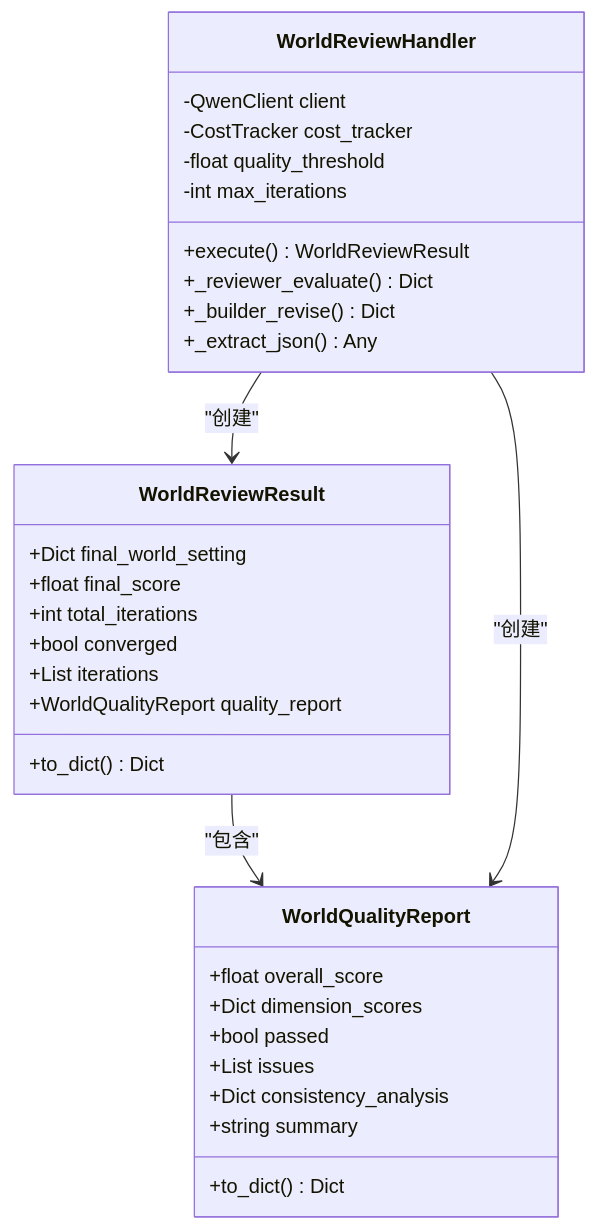
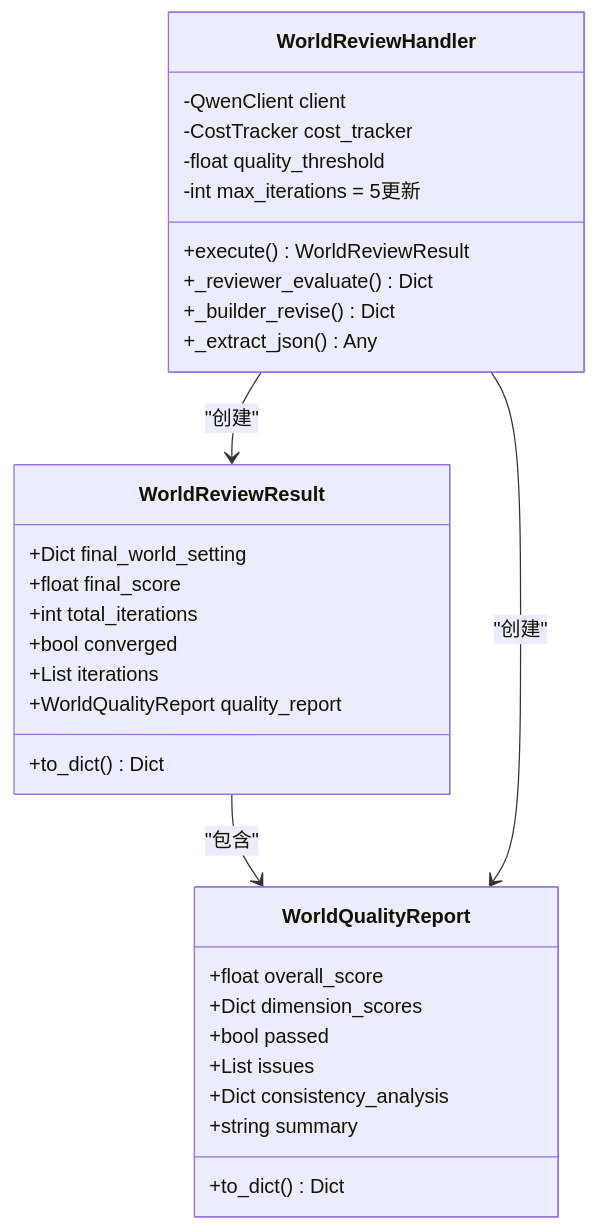
One commit to xfbyxq/ai-novel-system changed the fifth of 9 diagrams in .qoder/repowiki/zh/content/AI智能体系统/世界设定审查处理器.md. Above: the diagram before and after it, drawn with Mermaid. The commit also changed other lines of this file and 10 other files, not shown here.

````diff
--- a/.qoder/repowiki/zh/content/AI智能体系统/世界设定审查处理器.md
+++ b/.qoder/repowiki/zh/content/AI智能体系统/世界设定审查处理器.md
@@ -219,34 +250,34 @@
 ```mermaid
 classDiagram
 class WorldReviewResult {
 +Dict final_world_setting
 +float final_score
 +int total_iterations
 +bool converged
 +List iterations
 +WorldQualityReport quality_report
 +to_dict() Dict
 }
 class WorldQualityReport {
 +float overall_score
 +Dict dimension_scores
 +bool passed
 +List issues
 +Dict consistency_analysis
 +string summary
 +to_dict() Dict
 }
 class WorldReviewHandler {
 -QwenClient client
 -CostTracker cost_tracker
 -float quality_threshold
--int max_iterations
+-int max_iterations = 5更新
 +execute() WorldReviewResult
 +_reviewer_evaluate() Dict
 +_builder_revise() Dict
 +_extract_json() Any
 }
 WorldReviewResult --> WorldQualityReport : "包含"
 WorldReviewHandler --> WorldReviewResult : "创建"
 WorldReviewHandler --> WorldQualityReport : "创建"
 ```
````
